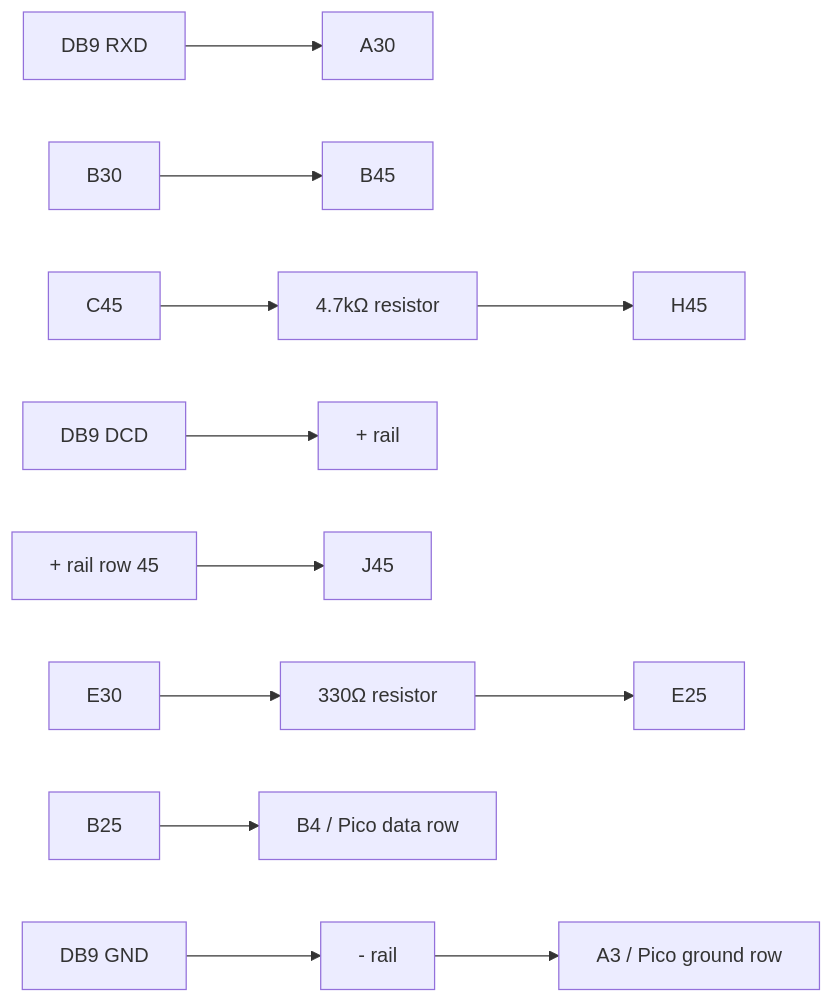
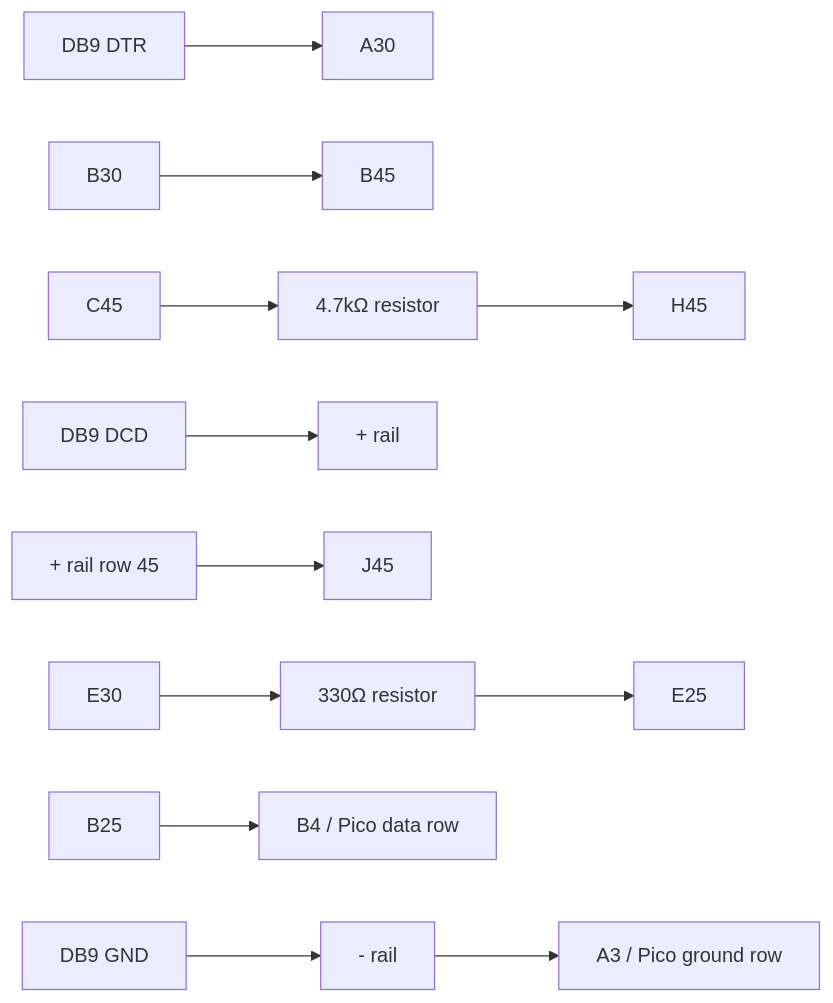
The diagram in hardware/NICE64_Breadboard_Build.md (acdvorak/NICE64), drawn with Mermaid before and after one commit. The commit also changed other lines of this file and 248 other files, not shown here.

````diff
--- a/hardware/NICE64_Breadboard_Build.md
+++ b/hardware/NICE64_Breadboard_Build.md
@@ -73,17 +73,17 @@
 ```mermaid
 flowchart LR
-    DB9_RXD["DB9 RXD"] --> A30["A30"]
+    DB9_DTR["DB9 DTR"] --> A30["A30"]
     B30["B30"] --> B45["B45"]
 
     C45["C45"] --> R47K["4.7kΩ resistor"] --> H45["H45"]
 
     DB9_DCD["DB9 DCD"] --> POS["+ rail"]
     POS45["+ rail row 45"] --> J45["J45"]
 
     E30["E30"] --> R330["330Ω resistor"] --> E25["E25"]
 
     B25["B25"] --> B4["B4 / Pico data row"]
 
     DB9_GND["DB9 GND"] --> NEG["- rail"]
     NEG --> A3["A3 / Pico ground row"]
 ```
````
